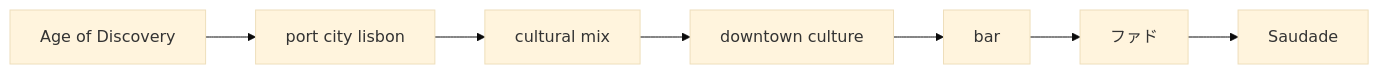
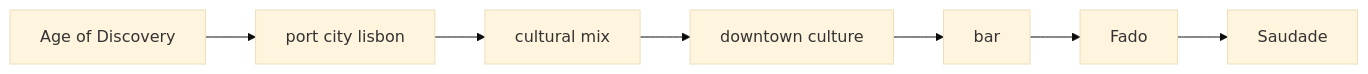
Before and after one commit to monumental-movement/monumental-movement.github.io: the second of 12 diagrams in en/_posts/2026-05-16-column-fado.md, drawn with Mermaid (base theme). The commit also changed other lines of this file and 445 other files, not shown here.

```diff
--- a/en/_posts/2026-05-16-column-fado.md
+++ b/en/_posts/2026-05-16-column-fado.md
@@ -126,9 +126,9 @@
 <div class="mermaid">
 flowchart LR
 A[Age of Discovery] --> B[port city lisbon]
 B --> C[cultural mix]
 C --> D[downtown culture]
 D --> E[bar]
-E --> F[ファド]
+E --> F[Fado]
 F --> G[Saudade]
 </div>
```
